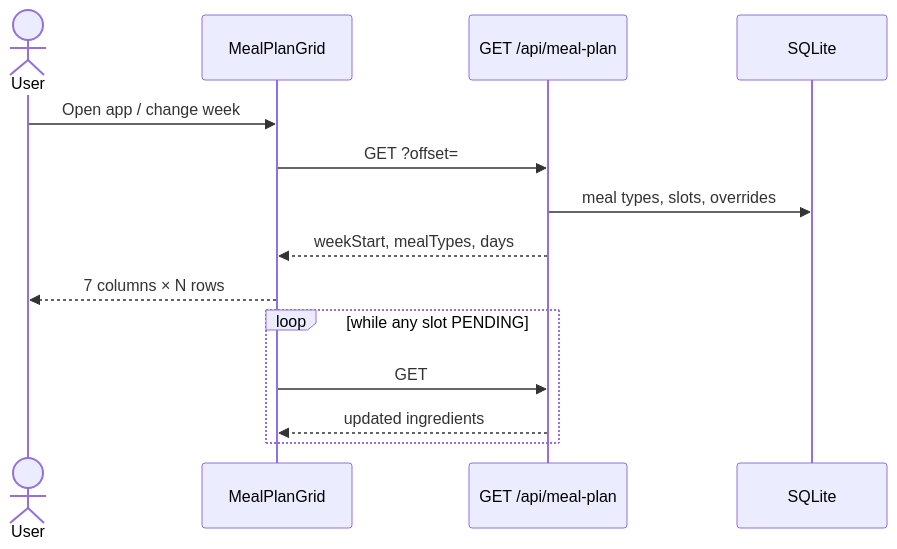
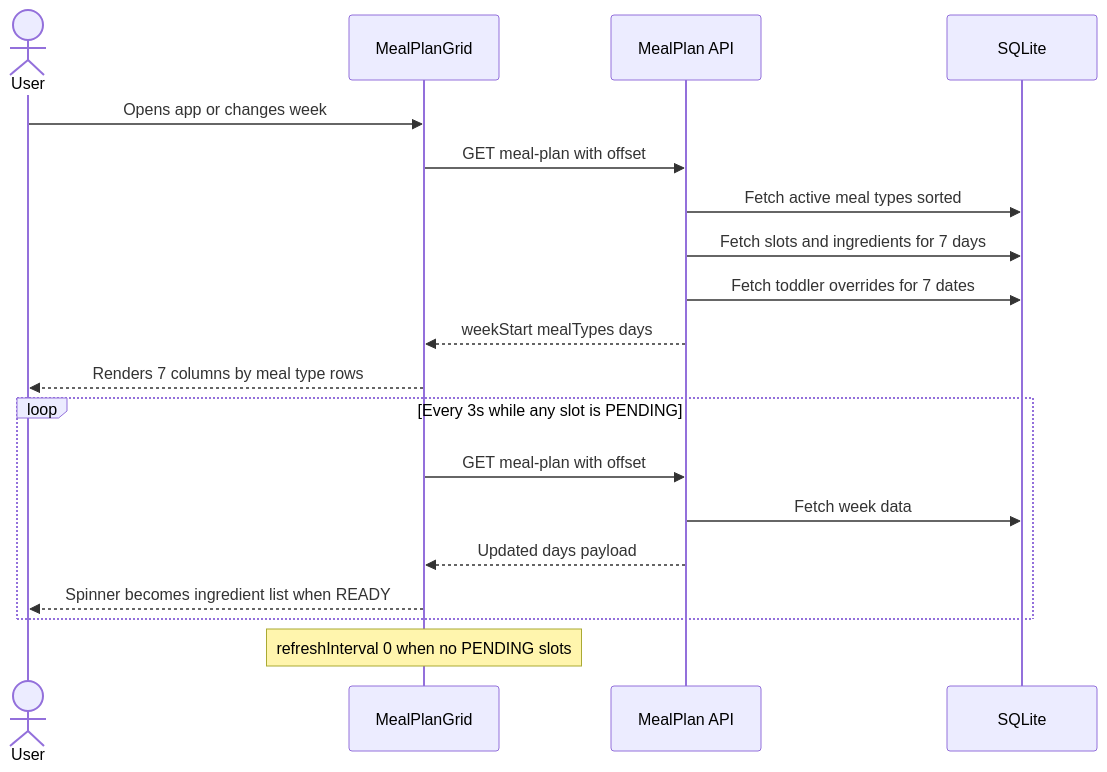
Before and after one commit to naveen-sachithanandam/weekly-meal-planner: the ninth of 11 diagrams in sdd/architecture.md, drawn with Mermaid. The commit also changed other lines of this file, not shown here.

First line of the commit message:
docs: fix sequence diagrams in architecture.md

````diff
--- a/sdd/architecture.md
+++ b/sdd/architecture.md
@@ -261,18 +280,24 @@
 ```mermaid
 sequenceDiagram
     actor U as User
     participant Grid as MealPlanGrid
-    participant API as GET /api/meal-plan
+    participant API as MealPlan API
     participant DB as SQLite
 
-    U->>Grid: Open app / change week
-    Grid->>API: GET ?offset=
-    API->>DB: meal types, slots, overrides
-    API-->>Grid: weekStart, mealTypes, days
-    Grid-->>U: 7 columns × N rows
+    U->>Grid: Opens app or changes week
+    Grid->>API: GET meal-plan with offset
+    API->>DB: Fetch active meal types sorted
+    API->>DB: Fetch slots and ingredients for 7 days
+    API->>DB: Fetch toddler overrides for 7 dates
+    API-->>Grid: weekStart mealTypes days
+    Grid-->>U: Renders 7 columns by meal type rows
 
-    loop while any slot PENDING
-        Grid->>API: GET
-        API-->>Grid: updated ingredients
+    loop Every 3s while any slot is PENDING
+        Grid->>API: GET meal-plan with offset
+        API->>DB: Fetch week data
+        API-->>Grid: Updated days payload
+        Grid-->>U: Spinner becomes ingredient list when READY
     end
+
+    Note over Grid: refreshInterval 0 when no PENDING slots
 ```
````
